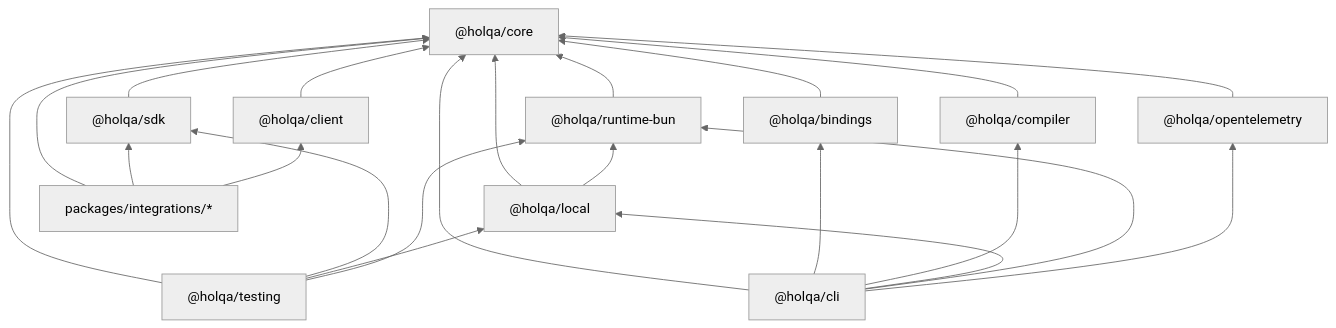
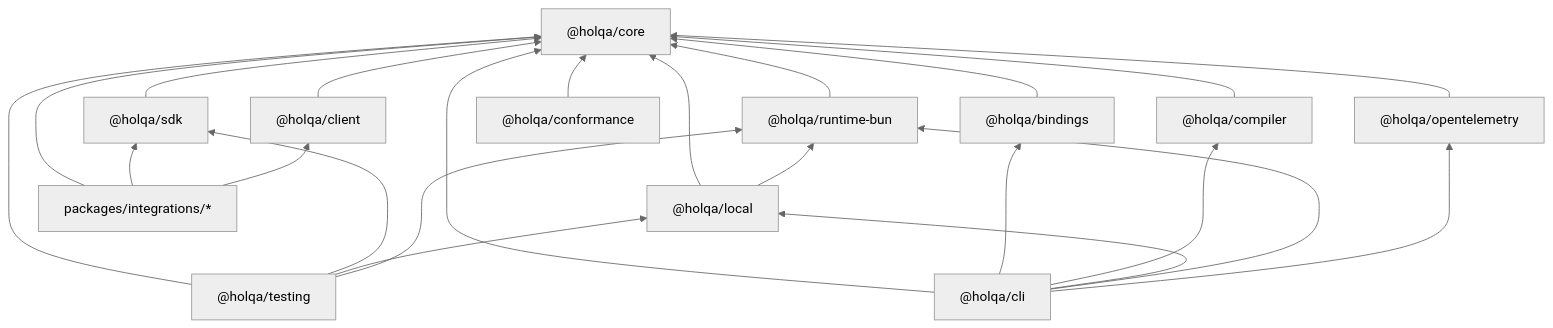
Before and after one commit to SrKleRAimBot/holqa: the diagram in docs/architecture/package-boundaries.md, drawn with Mermaid (neutral theme). The commit also changed other lines of this file and 35 other files, not shown here.

````diff
--- a/docs/architecture/package-boundaries.md
+++ b/docs/architecture/package-boundaries.md
@@ -29,24 +30,26 @@
 ```mermaid
 flowchart BT
   core["@holqa/core"]
   sdk["@holqa/sdk"]
   client["@holqa/client"]
   compiler["@holqa/compiler"]
   runtime["@holqa/runtime-bun"]
   local["@holqa/local"]
   bindings["@holqa/bindings"]
+  conformance["@holqa/conformance"]
   testing["@holqa/testing"]
   cli["@holqa/cli"]
   integrations["packages/integrations/*"]
   otel["@holqa/opentelemetry"]
   sdk --> core
   client --> core
   compiler --> core
   runtime --> core
   local --> core & runtime
   bindings --> core
+  conformance --> core
   testing --> core & sdk & local & runtime
   cli --> core & bindings & compiler & local & runtime & otel
   integrations --> core & sdk & client
   otel --> core
 ```
````
